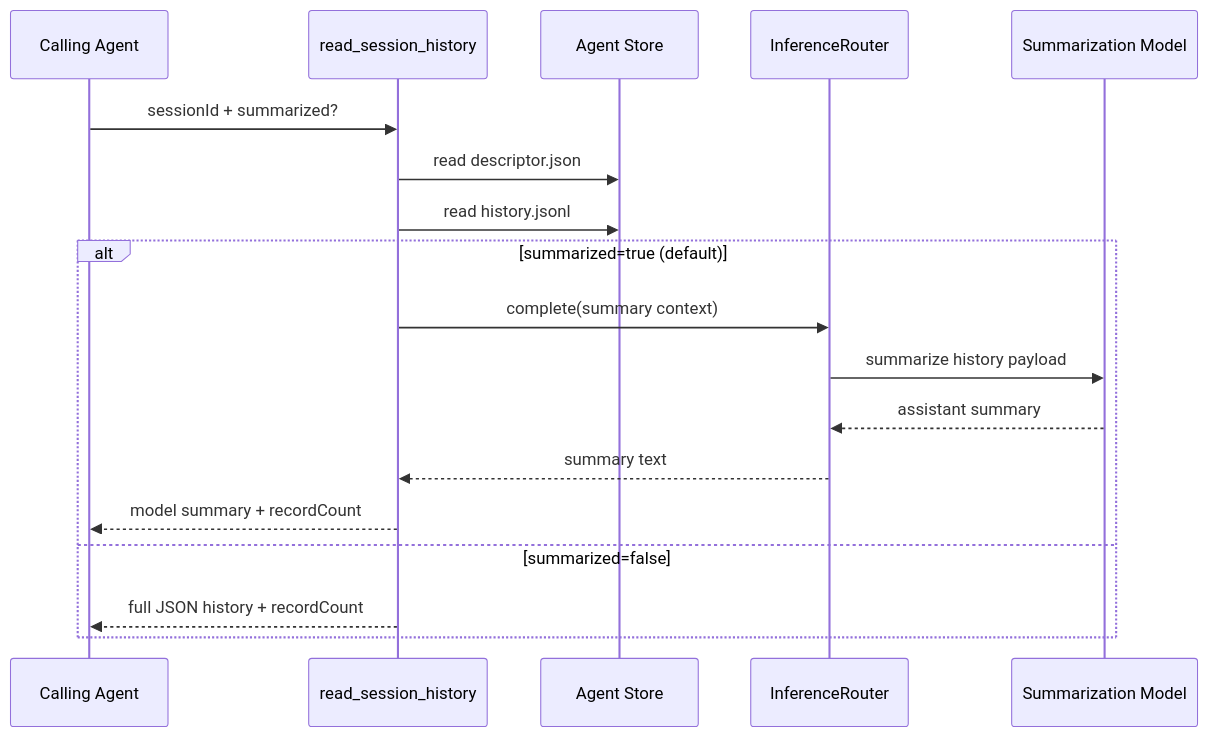
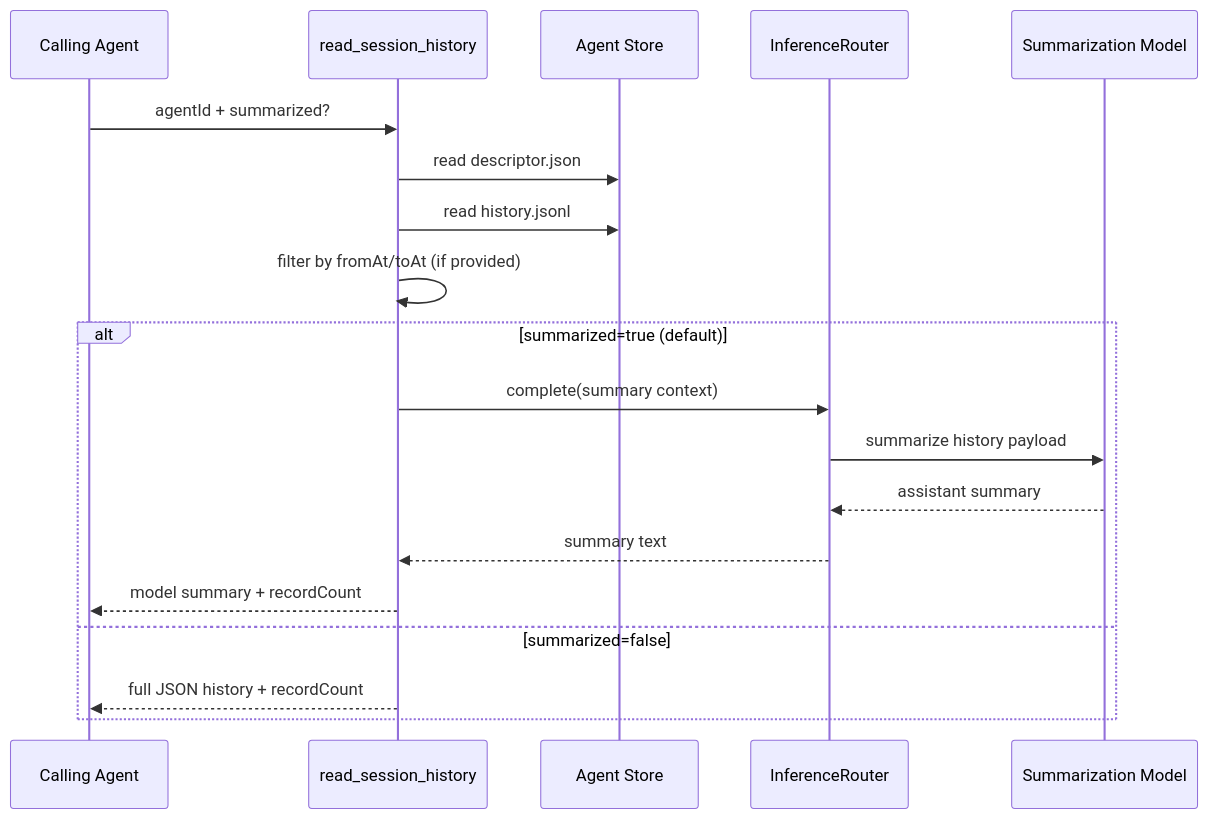
One commit to ex3ndr/daycare changed the diagram in docs/session-history-tool.md. Above: the diagram before and after it, drawn with Mermaid. The commit also changed other lines of this file and 2 other files, not shown here.

Commit message:
feat(tool): add time filters to session history

````diff
--- a/docs/session-history-tool.md
+++ b/docs/session-history-tool.md
@@ -11,20 +14,21 @@
 ```mermaid
 sequenceDiagram
   participant Agent as Calling Agent
   participant Tool as read_session_history
   participant Disk as Agent Store
   participant Router as InferenceRouter
   participant Model as Summarization Model
-  Agent->>Tool: sessionId + summarized?
+  Agent->>Tool: agentId + summarized?
   Tool->>Disk: read descriptor.json
   Tool->>Disk: read history.jsonl
+  Tool->>Tool: filter by fromAt/toAt (if provided)
   alt summarized=true (default)
     Tool->>Router: complete(summary context)
     Router->>Model: summarize history payload
     Model-->>Router: assistant summary
     Router-->>Tool: summary text
     Tool-->>Agent: model summary + recordCount
   else summarized=false
     Tool-->>Agent: full JSON history + recordCount
   end
 ```
````
